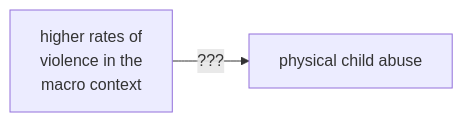
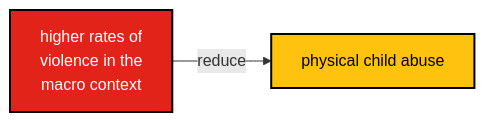
Before and after one commit to agrogan1/research: the diagram in MICSPLUS/diagram.md, drawn with Mermaid.

````diff
--- a/MICSPLUS/diagram.md
+++ b/MICSPLUS/diagram.md
@@ -1,7 +1,16 @@
 ```mermaid
 
 flowchart LR
-  macroviolence[higher rates of \nviolence in the \nmacro context]:::red --> |"???"| pabuse[physical child abuse]:::yellow
+
+  classDef yellow fill:#FFC20E,stroke:#000000,stroke-width:2px,color:#000000;
+  
+  classDef cyan fill:#1CABE2,stroke:#000000,stroke-width:2px,color:#FFFFFF;
+  
+  classDef red fill:#E2231A,stroke:#000000,stroke-width:2px,color:#FFFFFF;
+  
+  classDef orange fill:#F26A21,stroke:#000000,stroke-width:2px,color:#FFFFFF;
+  
+  macroviolence[higher rates of \nviolence in the \nmacro context]:::red --> |"reduce"| pabuse[physical child abuse]:::yellow
 
 
 ```
````
